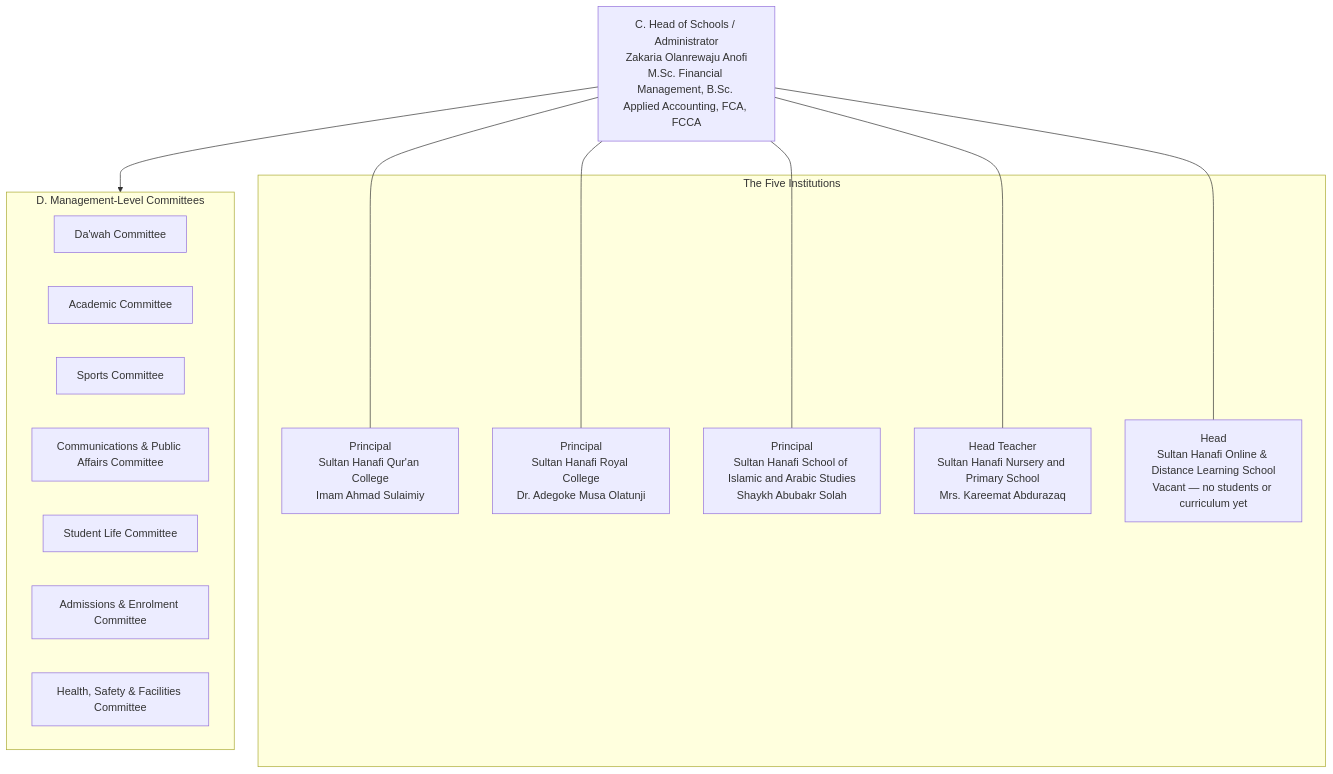
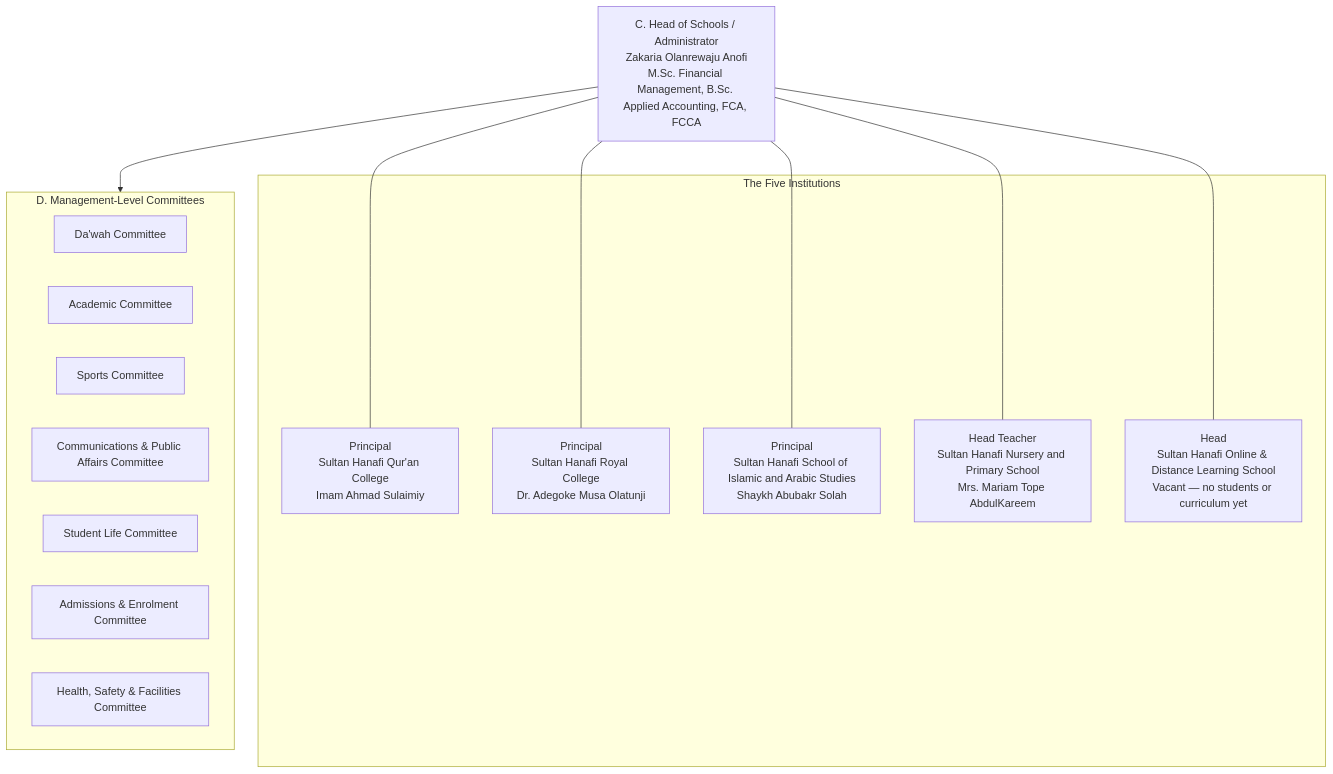
The third of 4 diagrams in docs/organisational-structure-manual.md (ahmadsulaimiy1/Sultan-), drawn with Mermaid before and after one commit. The commit also changed other lines of this file and 23 other files, not shown here.

````diff
--- a/docs/organisational-structure-manual.md
+++ b/docs/organisational-structure-manual.md
@@ -177,29 +177,29 @@
 ```mermaid
 flowchart TD
   HoS["C. Head of Schools / Administrator<br/>Zakaria Olanrewaju Anofi<br/>M.Sc. Financial Management, B.Sc. Applied Accounting, FCA, FCCA"]
 
   subgraph Institutions["The Five Institutions"]
     P1["Principal<br/>Sultan Hanafi Qur'an College<br/>Imam Ahmad Sulaimiy"]
     P2["Principal<br/>Sultan Hanafi Royal College<br/>Dr. Adegoke Musa Olatunji"]
     P3["Principal<br/>Sultan Hanafi School of Islamic and Arabic Studies<br/>Shaykh Abubakr Solah"]
-    P4["Head Teacher<br/>Sultan Hanafi Nursery and Primary School<br/>Mrs. Kareemat Abdurazaq"]
+    P4["Head Teacher<br/>Sultan Hanafi Nursery and Primary School<br/>Mrs. Mariam Tope AbdulKareem"]
     P5["Head<br/>Sultan Hanafi Online &amp; Distance Learning School<br/>Vacant — no students or curriculum yet"]
   end
 
   subgraph D["D. Management-Level Committees"]
     DW["Da'wah Committee"]
     AC["Academic Committee"]
     SP["Sports Committee"]
     CPA["Communications &amp; Public Affairs Committee"]
     SL["Student Life Committee"]
     AE["Admissions &amp; Enrolment Committee"]
     HSF["Health, Safety &amp; Facilities Committee"]
   end
 
   HoS --- P1
   HoS --- P2
   HoS --- P3
   HoS --- P4
   HoS --- P5
   HoS --> D
 ```
````
